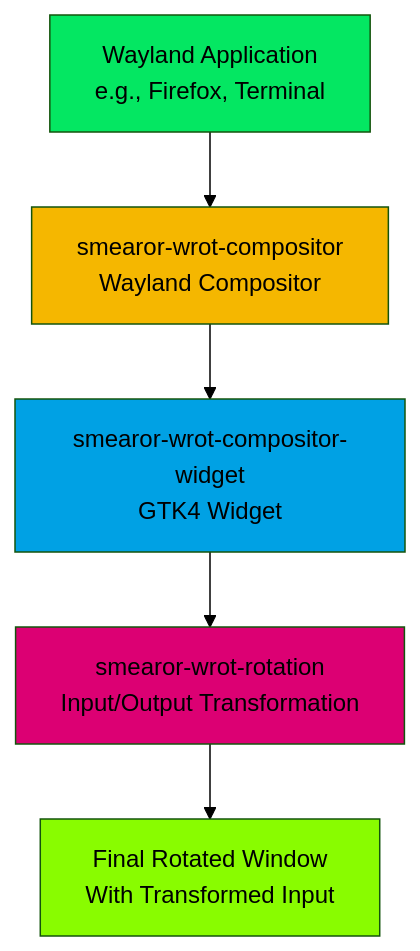
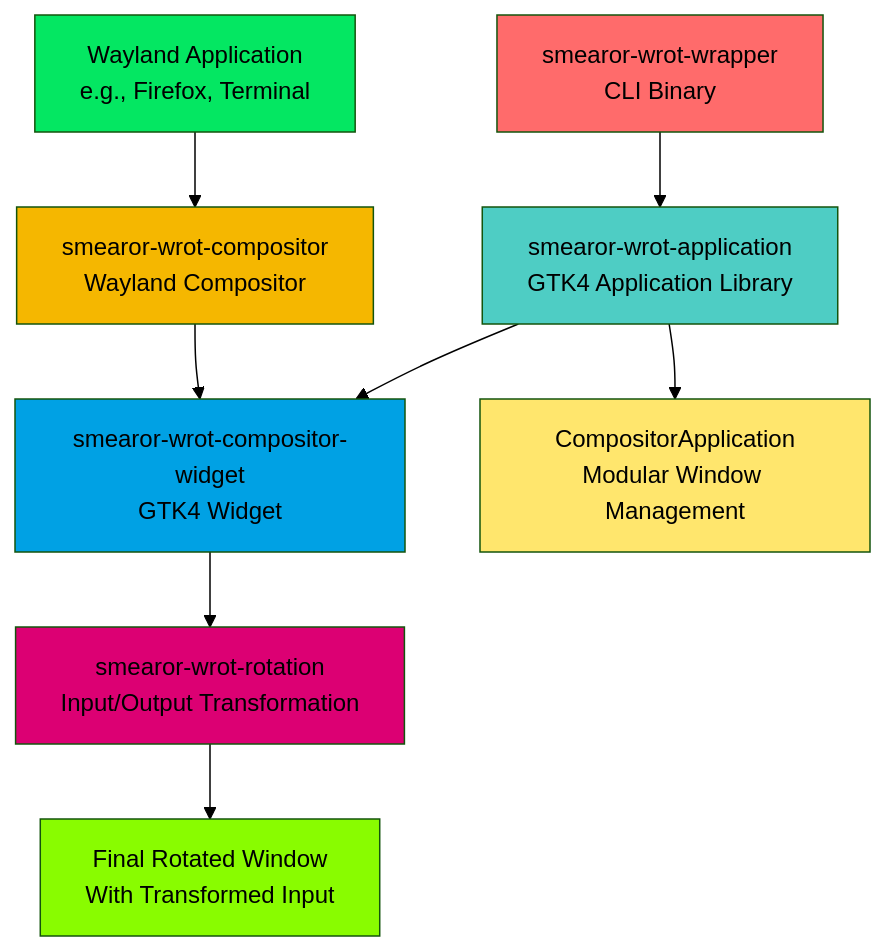
The diagram in README.md (smearor/smearor-wrot), drawn with Mermaid (forest theme) before and after one commit. The commit also changed other lines of this file, not shown here.

````diff
--- a/README.md
+++ b/README.md
@@ -23,12 +23,20 @@
 ```mermaid
 graph TD
     A[Wayland Application<br/>e.g., Firefox, Terminal] --> B[smearor-wrot-compositor<br/>Wayland Compositor]
     B --> C[smearor-wrot-compositor-widget<br/>GTK4 Widget]
     C --> D[smearor-wrot-rotation<br/>Input/Output Transformation]
     D --> E[Final Rotated Window<br/>With Transformed Input]
+    
+    F[smearor-wrot-wrapper<br/>CLI Binary] --> G[smearor-wrot-application<br/>GTK4 Application Library]
+    G --> C
+    G --> H[CompositorApplication<br/>Modular Window Management]
+    
     style A color: #000000, fill: #04e762
     style B color: #000000, fill: #f5b700
     style C color: #000000, fill: #00a1e4
     style D color: #000000, fill: #dc0073
     style E color: #000000, fill: #89fc00
+    style F color: #000000, fill: #ff6b6b
+    style G color: #000000, fill: #4ecdc4
+    style H color: #000000, fill: #ffe66d
 ```
````
